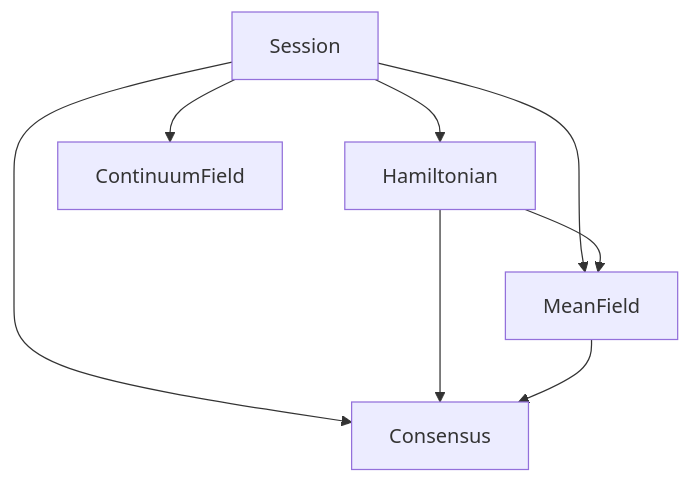
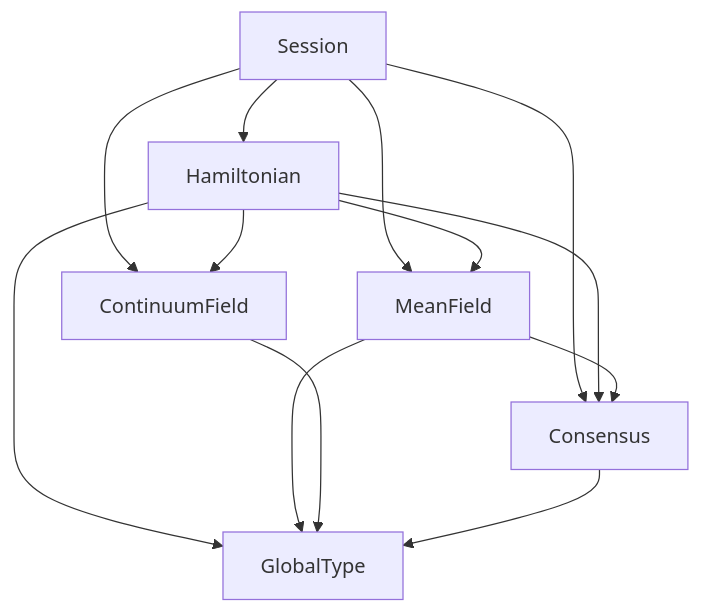
One commit to hxrts/gibbs changed the diagram in docs/00-overview.md. Above: the diagram before and after it, drawn with Mermaid. The commit also changed other lines of this file and 3 other files, not shown here.

Commit message:
Rename layers to modules, add GlobalType to dependency diagram, revise getting started

````diff
--- a/docs/00-overview.md
+++ b/docs/00-overview.md
@@ -9,10 +9,15 @@
 ```mermaid
 graph TD
     S[Session] --> H[Hamiltonian]
     S --> M[MeanField]
     S --> C[ContinuumField]
     S --> Co[Consensus]
     H --> M
+    H --> C
     H --> Co
     M --> Co
+    H --> G[GlobalType]
+    M --> G
+    C --> G
+    Co --> G
 ```
````
